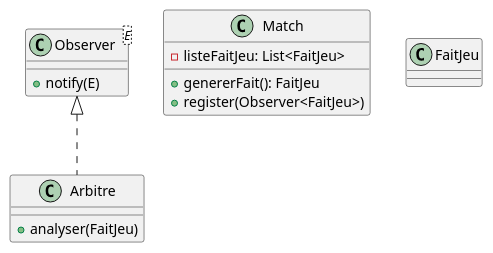
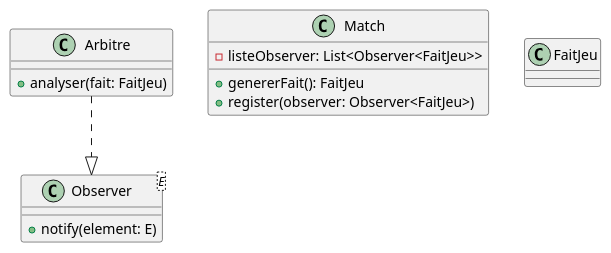
Before and after one commit to jandry/design-pattern: the diagram in src/uml/observer.puml, drawn with PlantUML.

```diff
--- a/src/uml/observer.puml
+++ b/src/uml/observer.puml
@@ -1,21 +1,21 @@
 @startuml Observer
 
 class Observer<E> {
-    + notify(E)
+    + notify(element: E)
 }
 
 class Match {
-    - listeFaitJeu: List<FaitJeu>
+    - listeObserver: List<Observer<FaitJeu>>
     + genererFait(): FaitJeu
-    + register(Observer<FaitJeu>)
+    + register(observer: Observer<FaitJeu>)
 }
 
 class FaitJeu
 
 class Arbitre {
-    + analyser(FaitJeu)
+    + analyser(fait: FaitJeu)
 }
 
-Arbitre .up.|> Observer
+Arbitre..|>Observer
 
 @enduml
```
